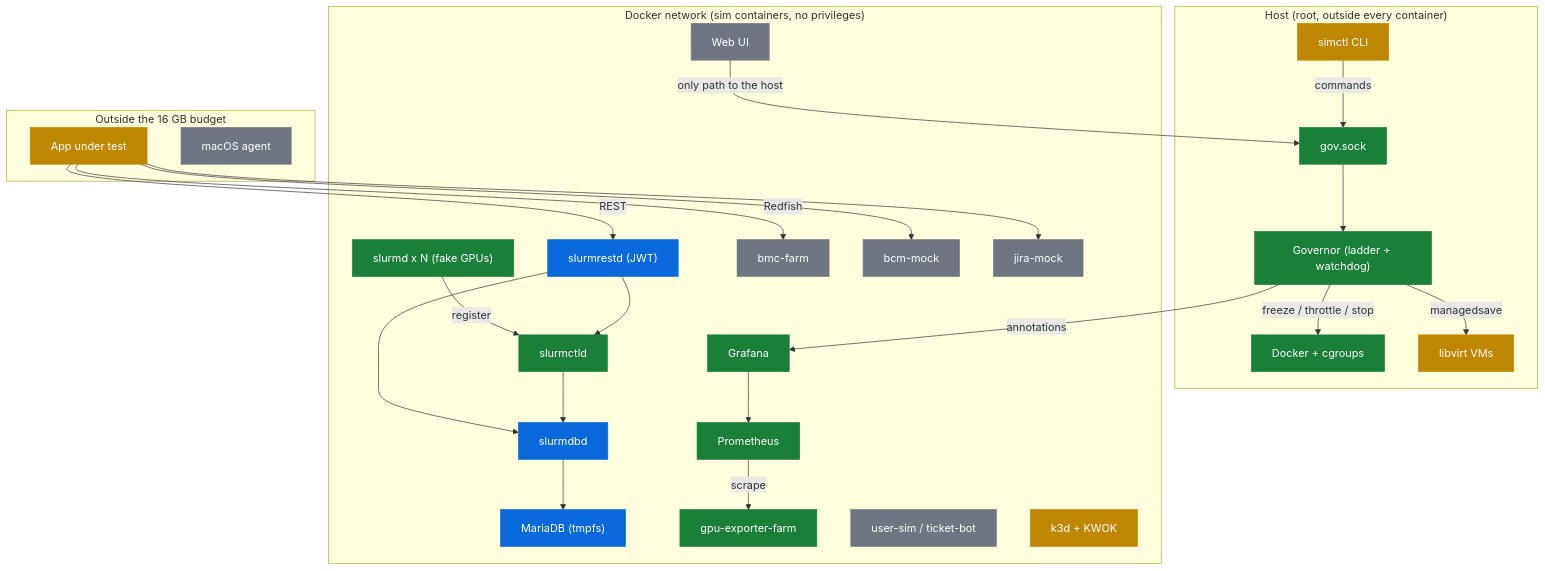
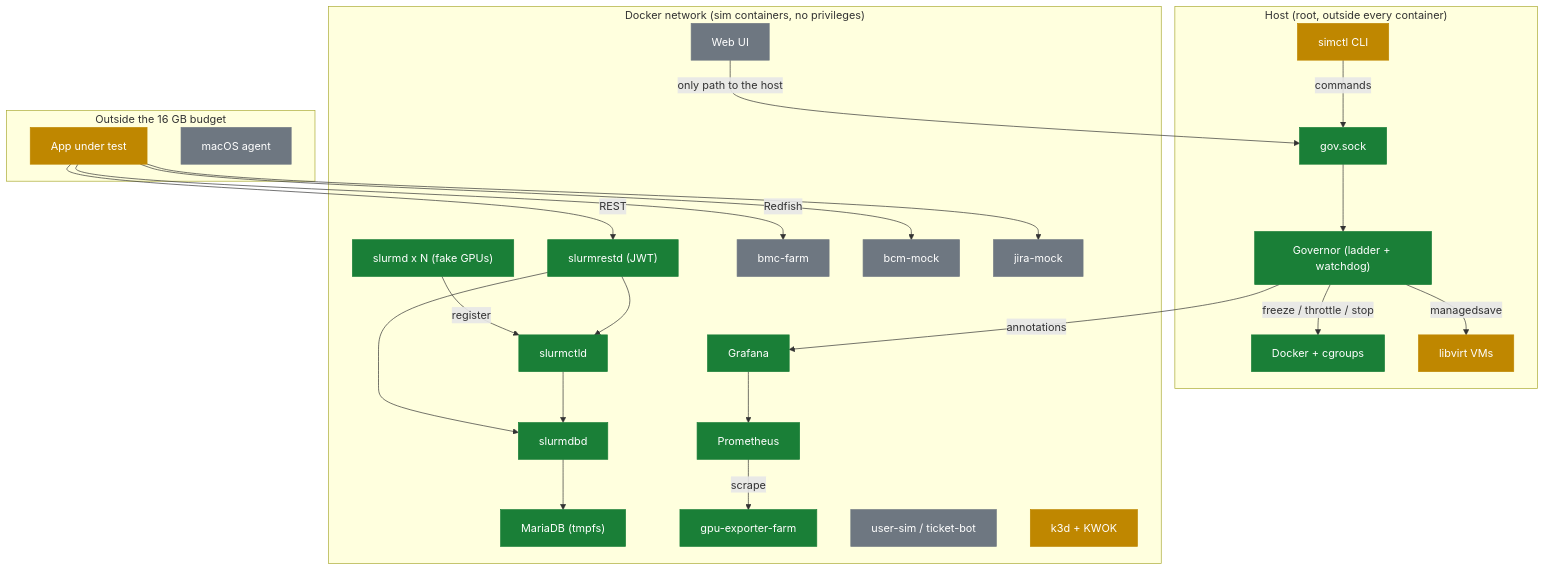
Before and after one commit to AhmedYousriSobhi/workbench: the second of 2 diagrams in docs/PROGRESS.md, drawn with Mermaid. The commit also changed other lines of this file and 2 other files, not shown here.

````diff
--- a/docs/PROGRESS.md
+++ b/docs/PROGRESS.md
@@ -32,51 +32,51 @@
 ```mermaid
 flowchart TB
     subgraph host["Host (root, outside every container)"]
         simctl["simctl CLI"]:::partial
         gov["Governor (ladder + watchdog)"]:::done
         sock["gov.sock"]:::done
         docker["Docker + cgroups"]:::done
         libvirt["libvirt VMs"]:::partial
     end
     subgraph net["Docker network (sim containers, no privileges)"]
         ctld["slurmctld"]:::done
         slurmd["slurmd x N (fake GPUs)"]:::done
-        restd["slurmrestd (JWT)"]:::review
-        dbd["slurmdbd"]:::review
-        maria["MariaDB (tmpfs)"]:::review
+        restd["slurmrestd (JWT)"]:::done
+        dbd["slurmdbd"]:::done
+        maria["MariaDB (tmpfs)"]:::done
         prom["Prometheus"]:::done
         graf["Grafana"]:::done
         gpux["gpu-exporter-farm"]:::done
         bmc["bmc-farm"]:::todo
         bcm["bcm-mock"]:::todo
         jira["jira-mock"]:::todo
         users["user-sim / ticket-bot"]:::todo
         k8s["k3d + KWOK"]:::partial
         webui["Web UI"]:::todo
     end
     subgraph ext["Outside the 16 GB budget"]
         app["App under test"]:::partial
         mac["macOS agent"]:::todo
     end
     simctl -->|"commands"| sock
     sock --> gov
     gov -->|"freeze / throttle / stop"| docker
     gov -->|"managedsave"| libvirt
     gov -->|"annotations"| graf
     slurmd -->|"register"| ctld
     restd --> ctld
     restd --> dbd
     ctld --> dbd
     dbd --> maria
     prom -->|"scrape"| gpux
     graf --> prom
     webui -->|"only path to the host"| sock
     app -->|"REST"| restd
     app -->|"Redfish"| bmc
     app --> bcm
     app --> jira
     classDef done fill:#1a7f37,stroke:#1a7f37,color:#fff
     classDef review fill:#0969da,stroke:#0969da,color:#fff
     classDef partial fill:#bf8700,stroke:#bf8700,color:#fff
     classDef todo fill:#6e7781,stroke:#6e7781,color:#fff
 ```
````
